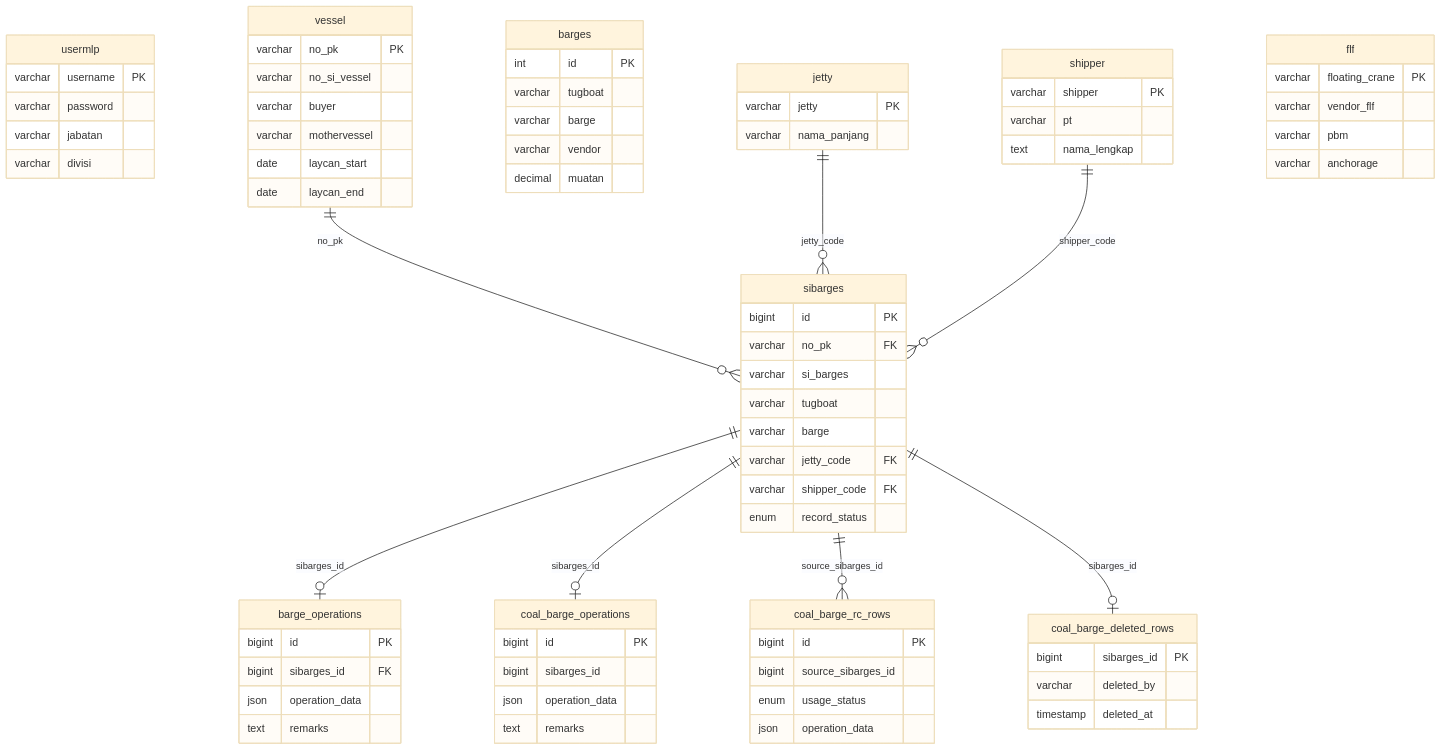
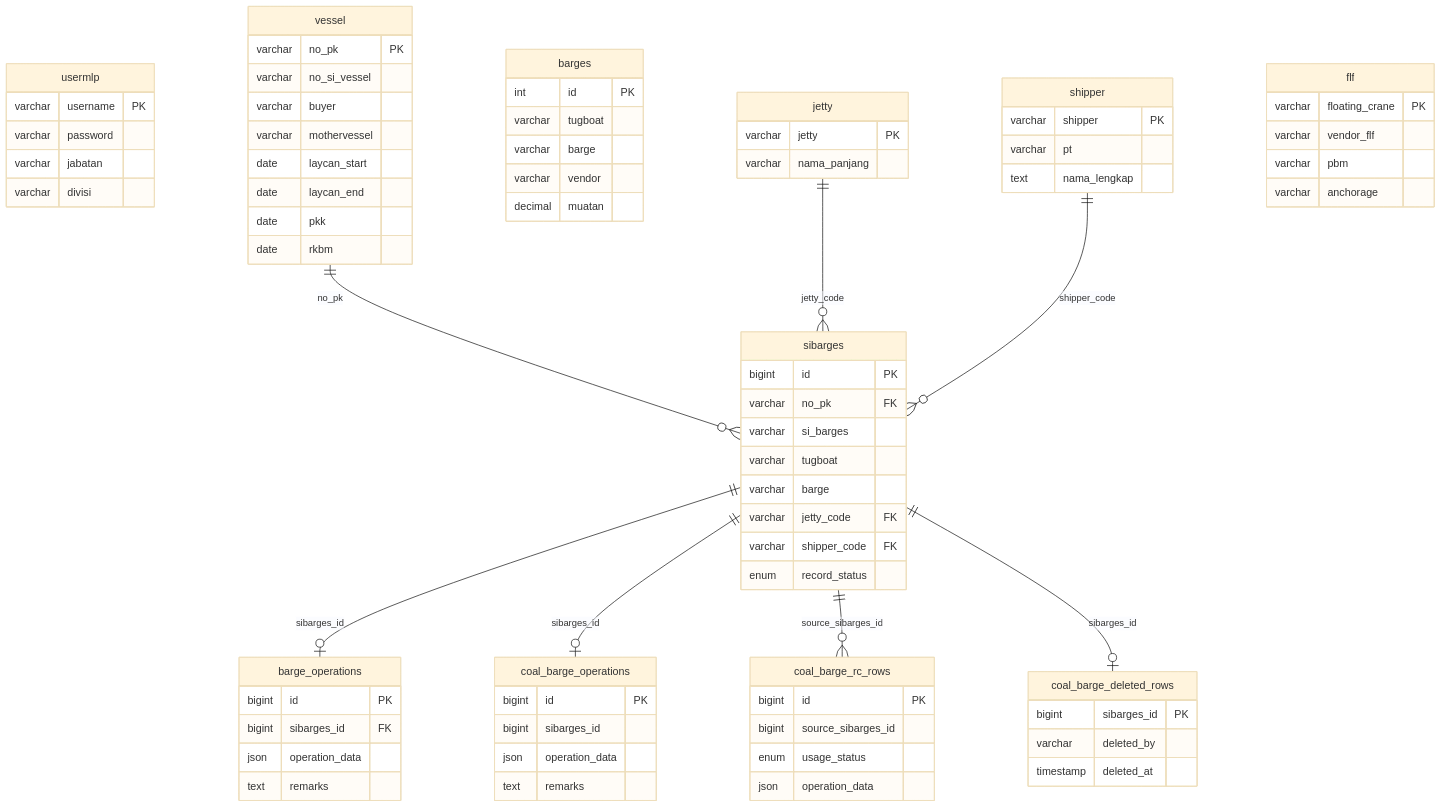
Before and after one commit to Vincent-Tiono/logistic: the second of 3 diagrams in docs/logistics-code-flow.md, drawn with Mermaid (base theme). The commit also changed 5 other files, not shown here.

```diff
--- a/docs/logistics-code-flow.md
+++ b/docs/logistics-code-flow.md
@@ -62,6 +62,8 @@
     varchar mothervessel
     date laycan_start
     date laycan_end
+    date pkk
+    date rkbm
   }
 
   barges {
```
